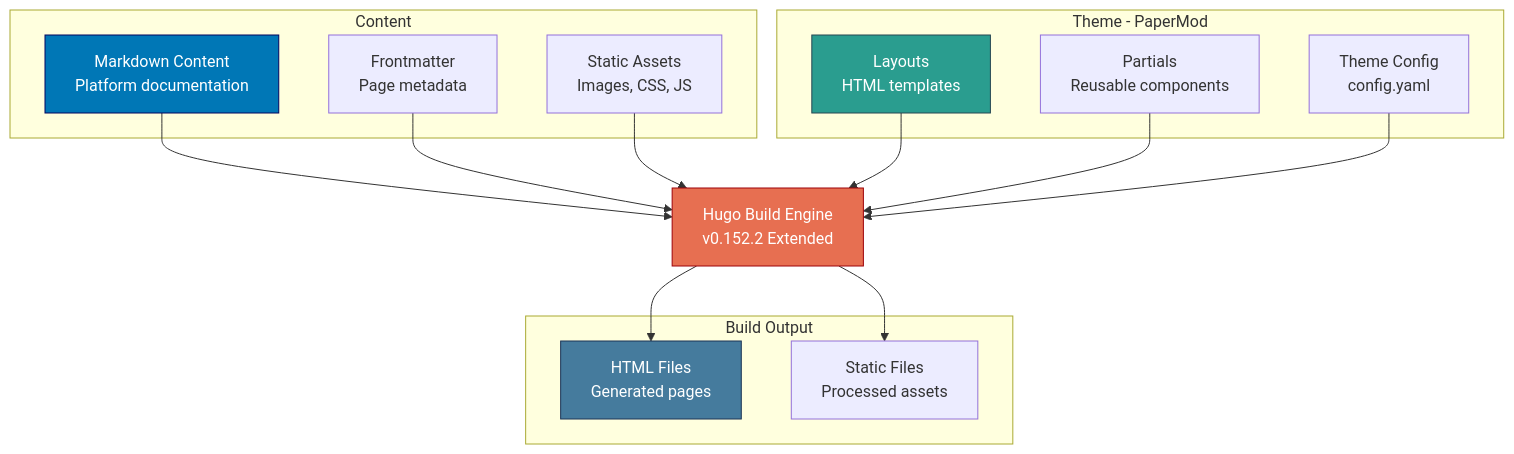
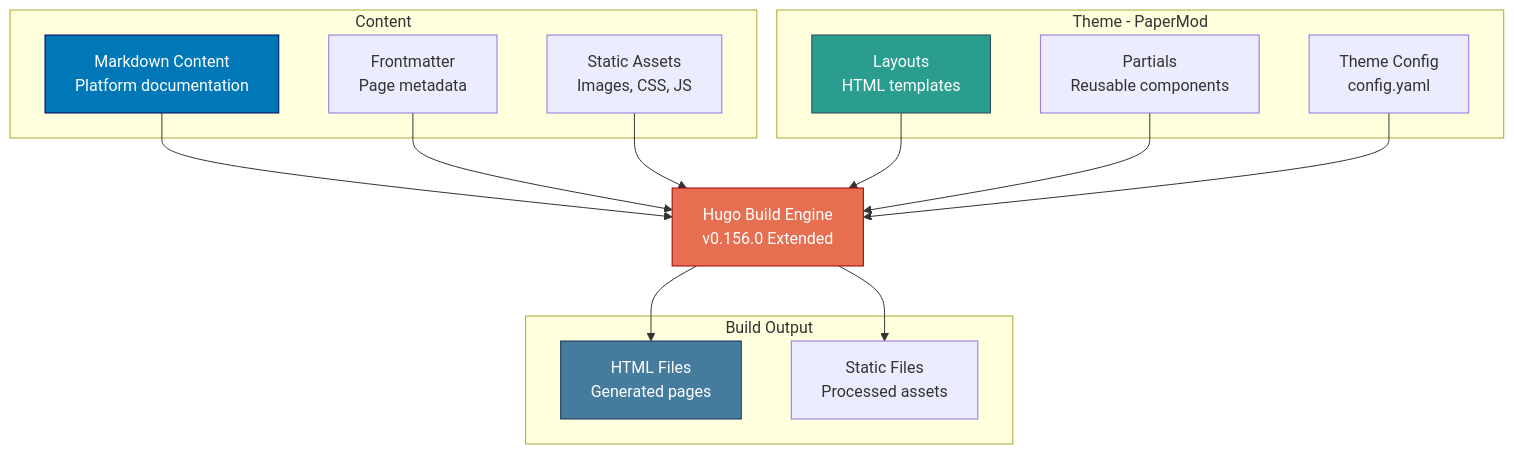
One commit to wahidyankf/open-sharia-enterprise changed the seventh of 13 diagrams in docs/reference/re__system-architecture.md. Above: the diagram before and after it, drawn with Mermaid. The commit also changed other lines of this file and 66 other files, not shown here.

````diff
--- a/docs/reference/re__system-architecture.md
+++ b/docs/reference/re__system-architecture.md
@@ -362,35 +362,35 @@
 ```mermaid
 graph TB
     subgraph "Content"
         MD_CONTENT[Markdown Content<br/>Platform documentation]
         FRONTMATTER_OSE[Frontmatter<br/>Page metadata]
         ASSETS[Static Assets<br/>Images, CSS, JS]
     end
 
     subgraph "Theme - PaperMod"
         LAYOUTS_OSE[Layouts<br/>HTML templates]
         PARTIALS_OSE[Partials<br/>Reusable components]
         THEME_CONFIG[Theme Config<br/>config.yaml]
     end
 
     subgraph "Build Output"
         HTML_OSE[HTML Files<br/>Generated pages]
         STATIC_OSE[Static Files<br/>Processed assets]
     end
 
-    HUGO_OSE[Hugo Build Engine<br/>v0.152.2 Extended]
+    HUGO_OSE[Hugo Build Engine<br/>v0.156.0 Extended]
 
     MD_CONTENT --> HUGO_OSE
     FRONTMATTER_OSE --> HUGO_OSE
     LAYOUTS_OSE --> HUGO_OSE
     PARTIALS_OSE --> HUGO_OSE
     THEME_CONFIG --> HUGO_OSE
     ASSETS --> HUGO_OSE
     HUGO_OSE --> HTML_OSE
     HUGO_OSE --> STATIC_OSE
 
     style MD_CONTENT fill:#0077b6,stroke:#03045e,color:#ffffff
     style LAYOUTS_OSE fill:#2a9d8f,stroke:#264653,color:#ffffff
     style HUGO_OSE fill:#e76f51,stroke:#9d0208,color:#ffffff
     style HTML_OSE fill:#457b9d,stroke:#1d3557,color:#ffffff
 ```
````
